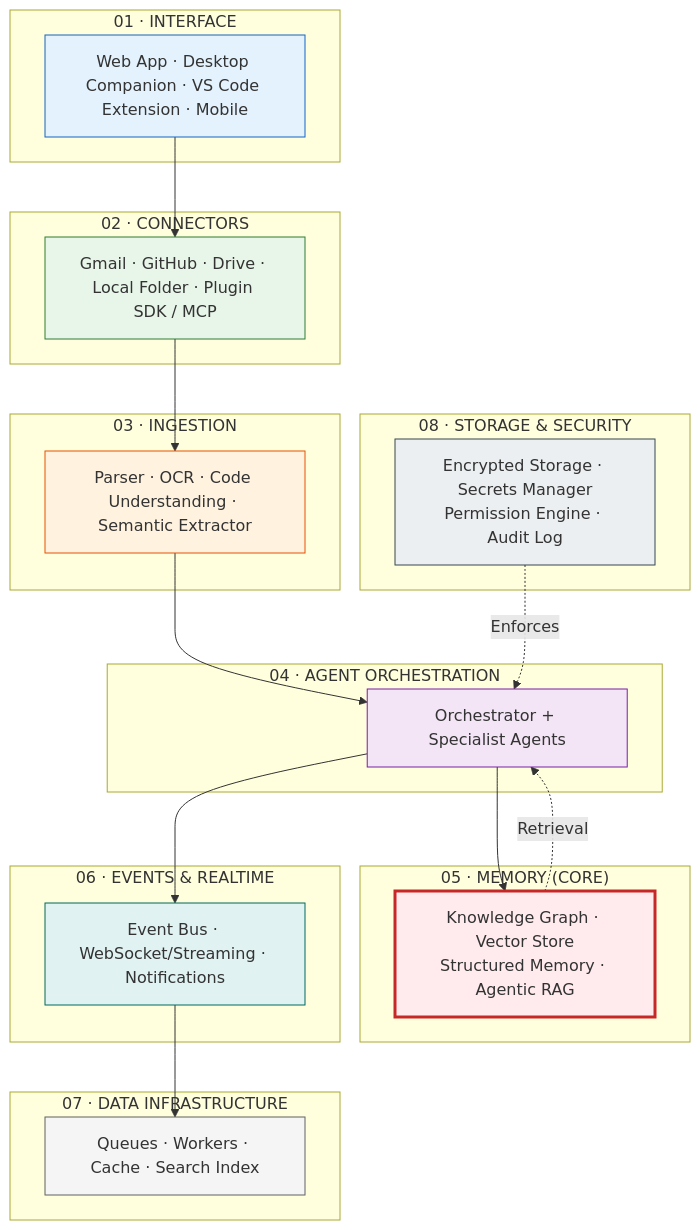
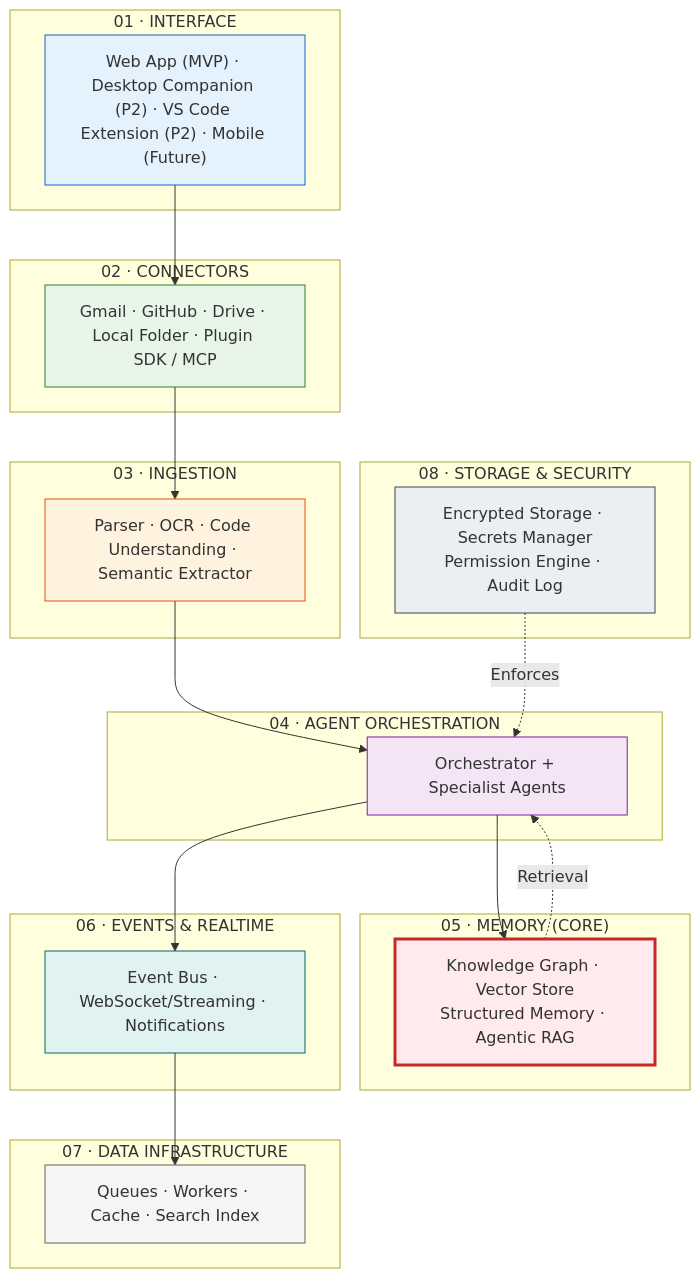
The diagram in docs/architecture/README.md (Driftloom/Vaeloom), drawn with Mermaid before and after one commit. The commit also changed other lines of this file and 7 other files, not shown here.

Commit message:
docs(architecture): update system design specs, agent counts, and phase gate report

````diff
--- a/docs/architecture/README.md
+++ b/docs/architecture/README.md
@@ -38,54 +38,54 @@
 ```mermaid
 graph TD
  subgraph Layer01["01 · INTERFACE"]
- L01["Web App · Desktop Companion · VS Code Extension · Mobile"]
+ L01["Web App (MVP) · Desktop Companion (P2) · VS Code Extension (P2) · Mobile (Future)"]
  end
  subgraph Layer02["02 · CONNECTORS"]
  L02["Gmail · GitHub · Drive · Local Folder · Plugin SDK / MCP"]
  end
  subgraph Layer03["03 · INGESTION"]
  L03["Parser · OCR · Code Understanding · Semantic Extractor"]
  end
  subgraph Layer04["04 · AGENT ORCHESTRATION"]
  L04["Orchestrator + Specialist Agents"]
  end
  subgraph Layer05["05 · MEMORY (CORE)"]
  L05["Knowledge Graph · Vector Store<br/>Structured Memory · Agentic RAG"]
  end
  subgraph Layer06["06 · EVENTS & REALTIME"]
  L06["Event Bus · WebSocket/Streaming · Notifications"]
  end
  subgraph Layer07["07 · DATA INFRASTRUCTURE"]
  L07["Queues · Workers · Cache · Search Index"]
  end
  subgraph Layer08["08 · STORAGE & SECURITY"]
  L08["Encrypted Storage · Secrets Manager<br/>Permission Engine · Audit Log"]
  end
 
  L01--> L02
  L02--> L03
  L03--> L04
  L04--> L05
  L05 -.->|Retrieval| L04
  L04--> L06
  L06--> L07
  L08 -.->|Enforces| L04
 
  classDef layer1 fill:#e3f2fd,stroke:#1565c0
  classDef layer2 fill:#e8f5e9,stroke:#2e7d32
  classDef layer3 fill:#fff3e0,stroke:#e65100
  classDef layer4 fill:#f3e5f5,stroke:#7b1fa2
  classDef layer5 fill:#ffebee,stroke:#c62828,stroke-width:3px
  classDef layer6 fill:#e0f2f1,stroke:#00695c
  classDef layer7 fill:#f5f5f5,stroke:#616161
  classDef layer8 fill:#eceff1,stroke:#37474f
 
  class L01 layer1
  class L02 layer2
  class L03 layer3
  class L04 layer4
  class L05 layer5
  class L06 layer6
  class L07 layer7
  class L08 layer8
 ```
````
